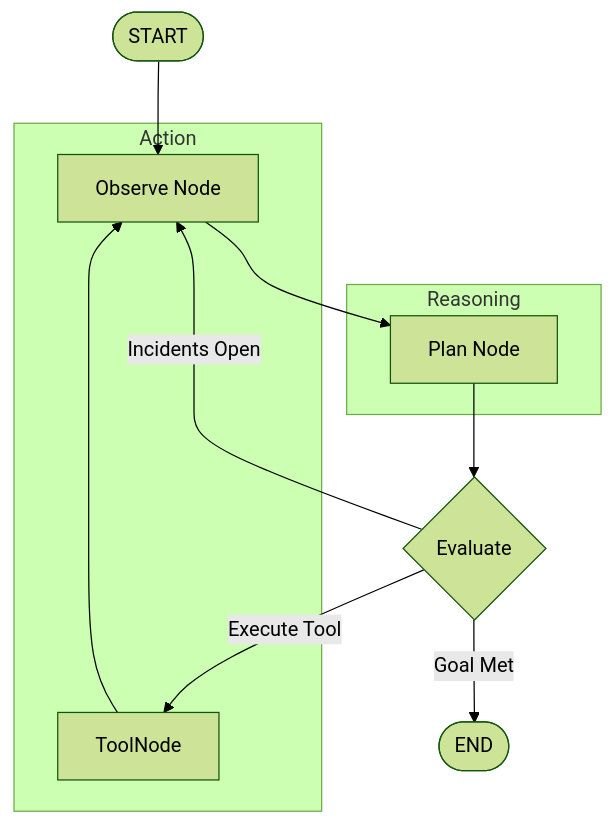
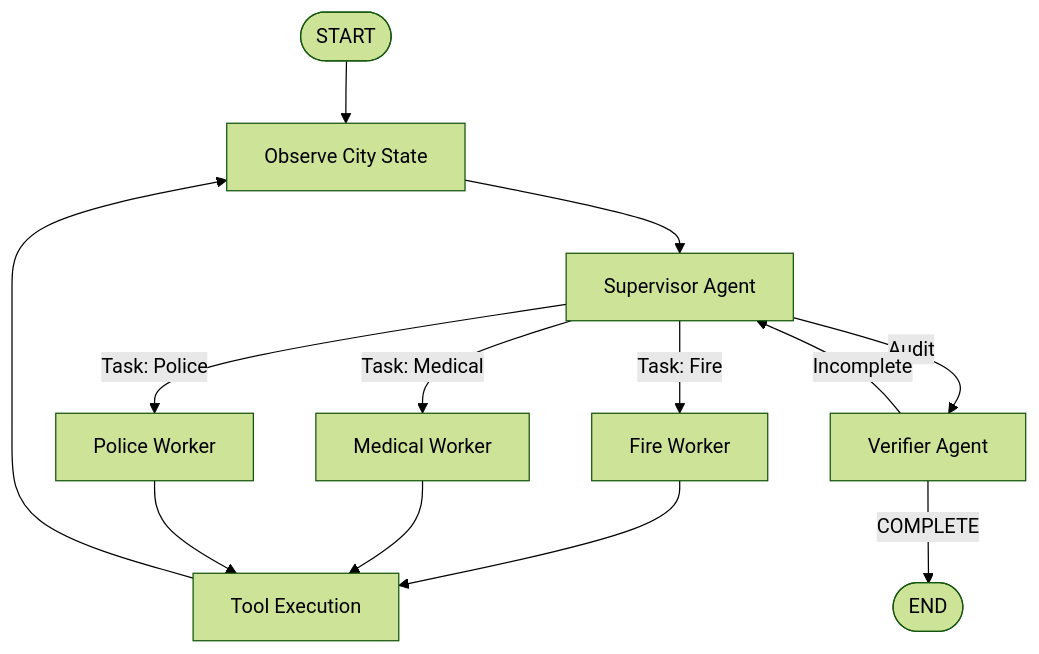
Before and after one commit to Hackb07/Urban-Crisis: the second of 2 diagrams in docs/design.md, drawn with Mermaid (forest theme). The commit also changed other lines of this file and 4 other files, not shown here.

Commit message:
Upgrade to Professional Multi-Agent System with Graph-based Simulation and Dijkstra routing

````diff
--- a/docs/design.md
+++ b/docs/design.md
@@ -43,21 +52,19 @@
 ```mermaid
 graph TD
-    S([START]) --> O[Observe Node]
-    O --> P[Plan Node]
-    P --> E{Evaluate}
+    S([START]) --> O[Observe City State]
+    O --> Supervisor[Supervisor Agent]
     
-    E -- "Execute Tool" --> T[ToolNode]
-    T --> O
+    Supervisor -- "Task: Fire" --> FW[Fire Worker]
+    Supervisor -- "Task: Medical" --> MW[Medical Worker]
+    Supervisor -- "Task: Police" --> PW[Police Worker]
+    Supervisor -- "Audit" --> V[Verifier Agent]
     
-    E -- "Incidents Open" --> O
-    E -- "Goal Met" --> END([END])
-
-    subgraph "Reasoning"
-        P
-    end
+    FW --> Tools[Tool Execution]
+    MW --> Tools
+    PW --> Tools
     
-    subgraph "Action"
-        T
-        O
-    end
+    Tools --> O
+    
+    V -- "Incomplete" --> Supervisor
+    V -- "COMPLETE" --> END([END])
 ```
````
